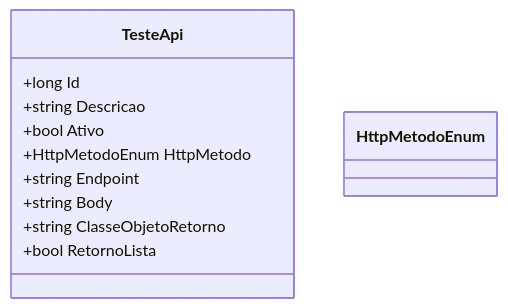
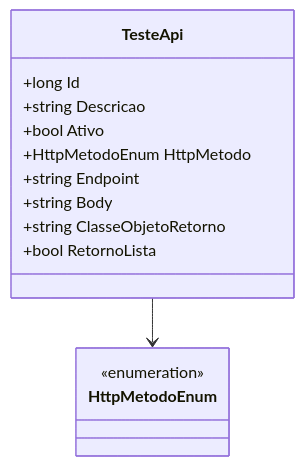
The diagram in docs/b2b-dominio/IsthmusWinthor.Nucleo/IsthmusWinthor.Dominio/Entidades/TesteApi.md (IsthmusSistemas/documentacao-tecnica), drawn with Mermaid before and after one commit. The commit also changed other lines of this file and 882 other files, not shown here.

````diff
--- a/docs/b2b-dominio/IsthmusWinthor.Nucleo/IsthmusWinthor.Dominio/Entidades/TesteApi.md
+++ b/docs/b2b-dominio/IsthmusWinthor.Nucleo/IsthmusWinthor.Dominio/Entidades/TesteApi.md
@@ -22,14 +23,18 @@
 ```mermaid
 classDiagram
     class TesteApi {
         +long Id
         +string Descricao
         +bool Ativo
         +HttpMetodoEnum HttpMetodo
         +string Endpoint
         +string Body
         +string ClasseObjetoRetorno
         +bool RetornoLista
     }
-    class HttpMetodoEnum
-```
+    class HttpMetodoEnum {
+        <<enumeration>>
+    }
+    
+    TesteApi --> HttpMetodoEnum
+``` 
````
